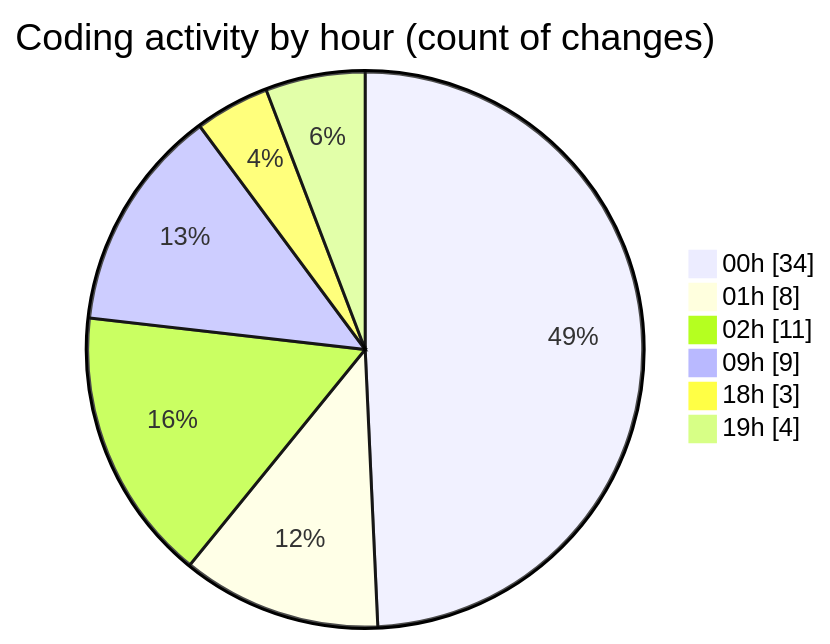
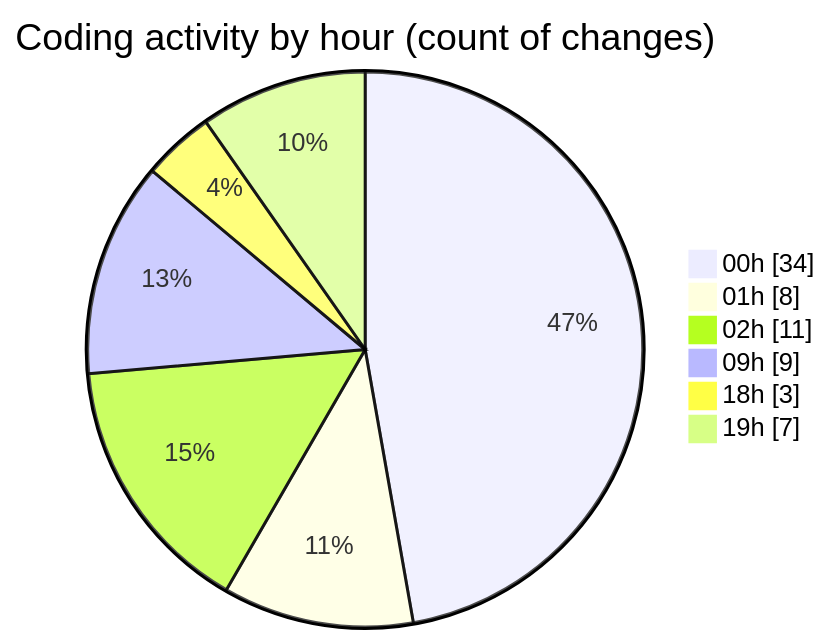
One commit to Elitesun/code-tracking changed the second of 2 diagrams in 2025-05-18/niten/README.md. Above: the diagram before and after it, drawn with Mermaid. The commit also changed other lines of this file and 1 other file, not shown here.

````diff
--- a/2025-05-18/niten/README.md
+++ b/2025-05-18/niten/README.md
@@ -51,10 +52,10 @@
 ```mermaid
 pie showData
 title Coding activity by hour (count of changes)
 "00h" : 34
 "01h" : 8
 "02h" : 11
 "09h" : 9
 "18h" : 3
-"19h" : 4
+"19h" : 7
 ```
````
